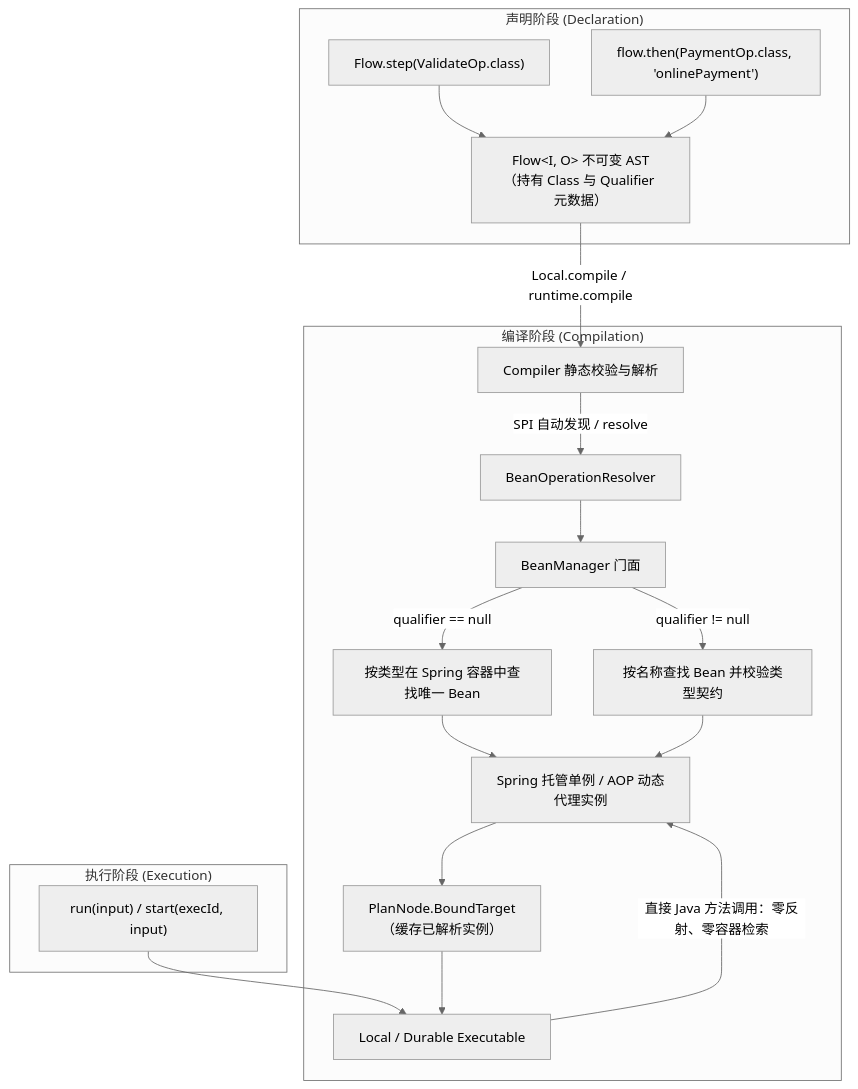
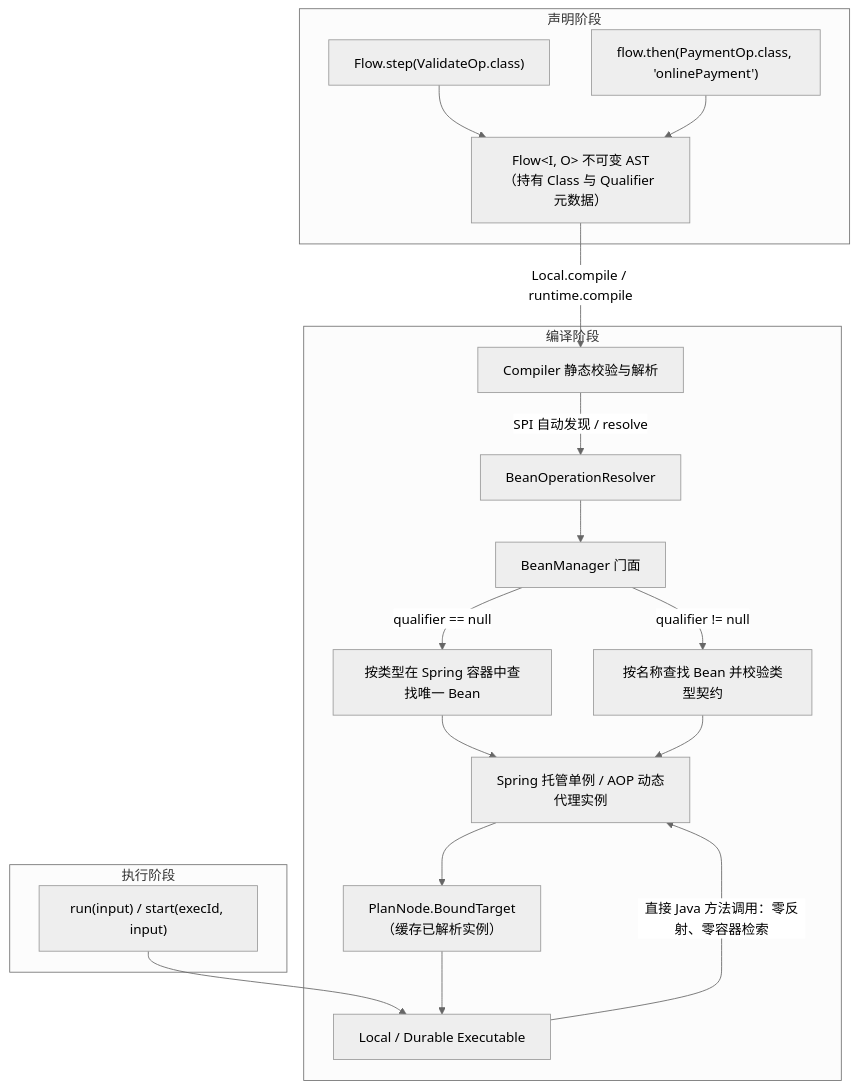
The diagram in docs/flow/flow-bean.md (team4u/team4u-framework), drawn with Mermaid (neutral theme) before and after one commit. The commit also changed other lines of this file and 142 other files, not shown here.

````diff
--- a/docs/flow/flow-bean.md
+++ b/docs/flow/flow-bean.md
@@ -183,27 +183,27 @@
 ```mermaid
 graph TD
-    subgraph "声明阶段 (Declaration)"
+    subgraph "声明阶段"
         D1["Flow.step(ValidateOp.class)"]
         D2["flow.then(PaymentOp.class, 'onlinePayment')"]
         AST["Flow&lt;I, O&gt; 不可变 AST<br/>（持有 Class 与 Qualifier 元数据）"]
         D1 --> AST
         D2 --> AST
     end
 
-    subgraph "编译阶段 (Compilation)"
+    subgraph "编译阶段"
         AST -->|"Local.compile / runtime.compile"| Compiler["Compiler 静态校验与解析"]
         Compiler -->|"SPI 自动发现 / resolve"| Resolver["BeanOperationResolver"]
         Resolver --> BM["BeanManager 门面"]
         BM -->|"qualifier == null"| ByType["按类型在 Spring 容器中查找唯一 Bean"]
         BM -->|"qualifier != null"| ByName["按名称查找 Bean 并校验类型契约"]
         ByType --> ProxyBean["Spring 托管单例 / AOP 动态代理实例"]
         ByName --> ProxyBean
         ProxyBean --> Bound["PlanNode.BoundTarget<br/>（缓存已解析实例）"]
         Bound --> Exec["Local / Durable Executable"]
     end
 
-    subgraph "执行阶段 (Execution)"
+    subgraph "执行阶段"
         Input["run(input) / start(execId, input)"] --> Exec
         Exec -->|"直接 Java 方法调用：零反射、零容器检索"| ProxyBean
     end
 ```
````
